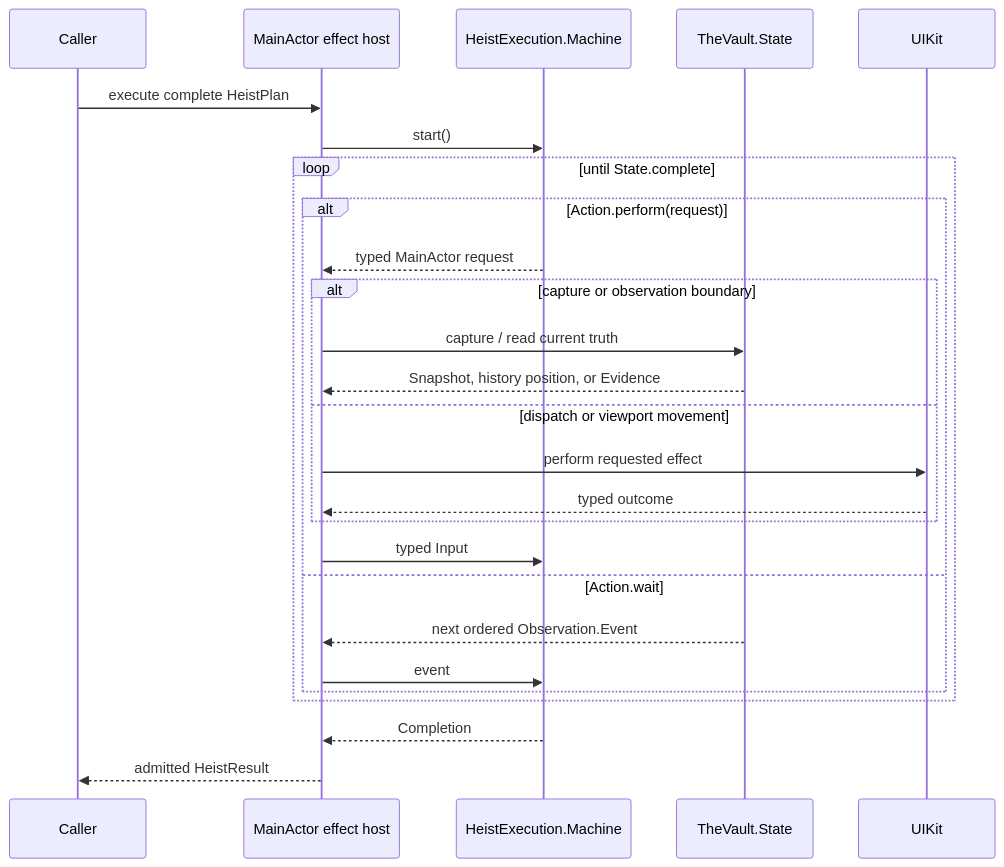
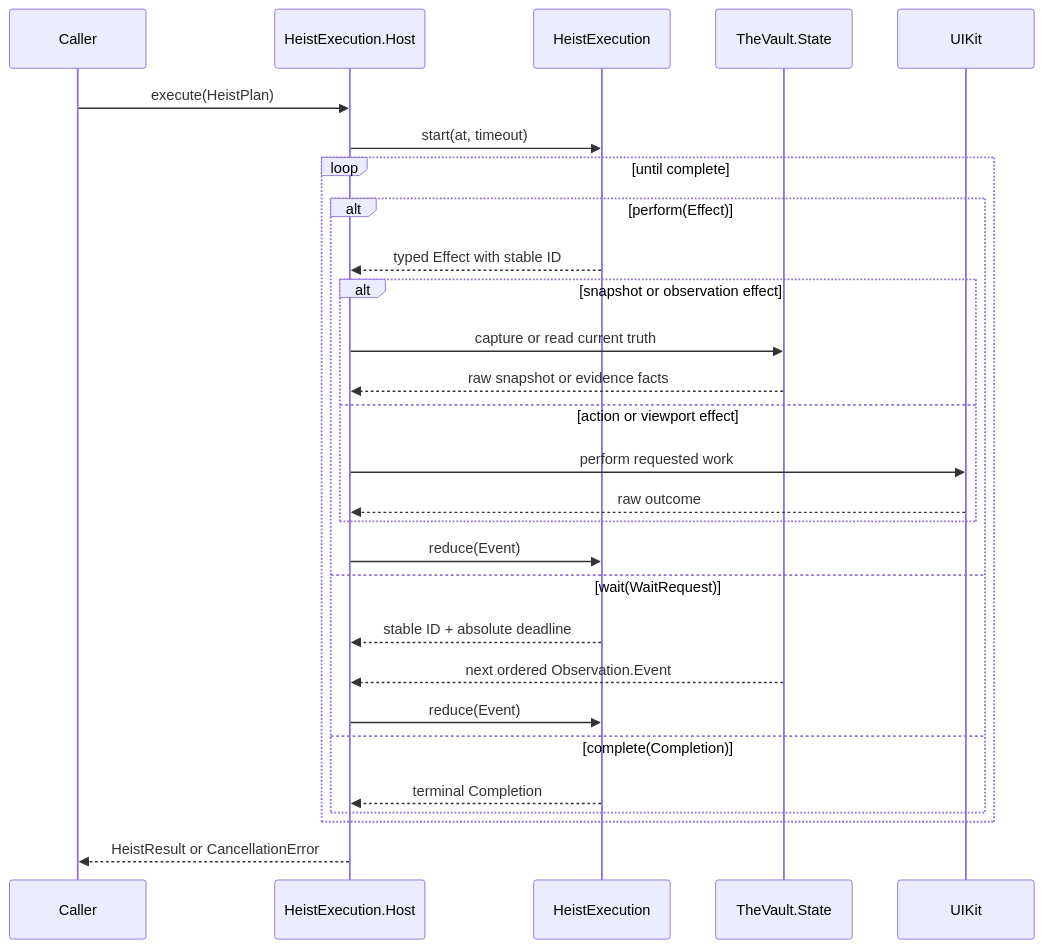
One commit to RoyalPineapple/TheButtonHeist changed the second of 3 diagrams in docs/diagrams/heist-execution.md. Above: the diagram before and after it, drawn with Mermaid. The commit also changed other lines of this file and 50 other files, not shown here.

First line of the commit message:
Make HeistExecution a pure reducer (#1423)

````diff
--- a/docs/diagrams/heist-execution.md
+++ b/docs/diagrams/heist-execution.md
@@ -42,29 +46,31 @@
 ```mermaid
 sequenceDiagram
     participant Caller
-    participant Host as MainActor effect host
-    participant Machine as HeistExecution.Machine
+    participant Host as HeistExecution.Host
+    participant Execution as HeistExecution
     participant Vault as TheVault.State
     participant UIKit
 
-    Caller->>Host: execute complete HeistPlan
-    Host->>Machine: start()
-    loop until State.complete
-        alt Action.perform(request)
-            Machine-->>Host: typed MainActor request
-            alt capture or observation boundary
-                Host->>Vault: capture / read current truth
-                Vault-->>Host: Snapshot, history position, or Evidence
-            else dispatch or viewport movement
-                Host->>UIKit: perform requested effect
-                UIKit-->>Host: typed outcome
+    Caller->>Host: execute(HeistPlan)
+    Host->>Execution: start(at, timeout)
+    loop until complete
+        alt perform(Effect)
+            Execution-->>Host: typed Effect with stable ID
+            alt snapshot or observation effect
+                Host->>Vault: capture or read current truth
+                Vault-->>Host: raw snapshot or evidence facts
+            else action or viewport effect
+                Host->>UIKit: perform requested work
+                UIKit-->>Host: raw outcome
             end
-            Host->>Machine: typed Input
-        else Action.wait
+            Host->>Execution: reduce(Event)
+        else wait(WaitRequest)
+            Execution-->>Host: stable ID + absolute deadline
             Vault-->>Host: next ordered Observation.Event
-            Host->>Machine: event
+            Host->>Execution: reduce(Event)
+        else complete(Completion)
+            Execution-->>Host: terminal Completion
         end
     end
-    Machine-->>Host: Completion
-    Host-->>Caller: admitted HeistResult
+    Host-->>Caller: HeistResult or CancellationError
 ```
````
